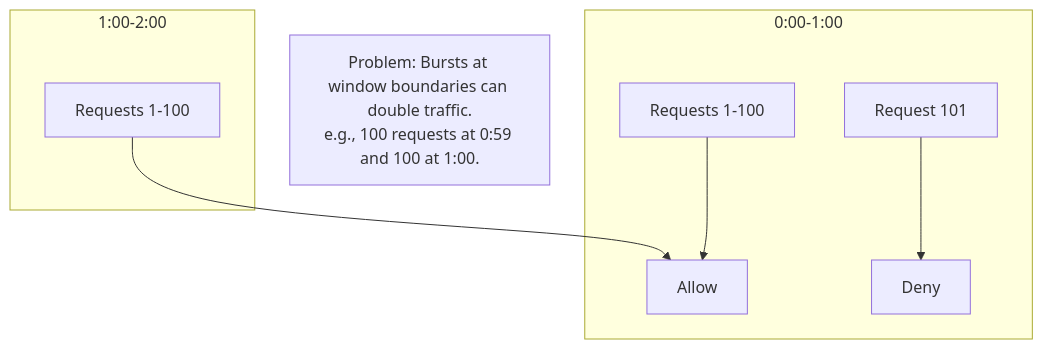
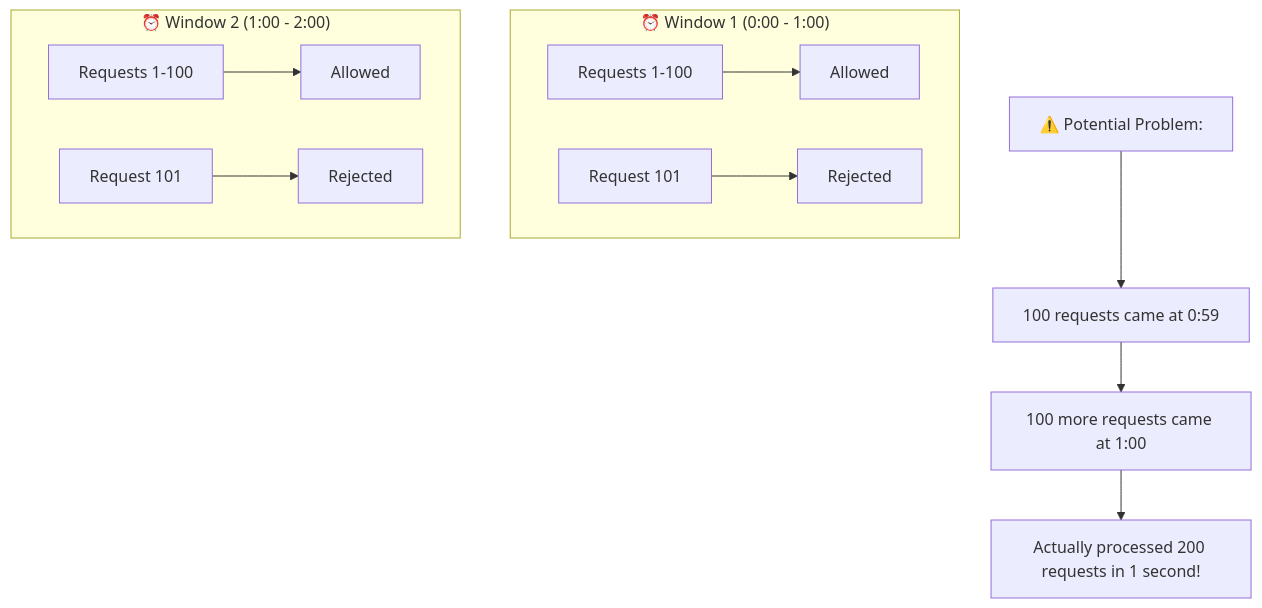
The tenth of 14 diagrams in articles/en/nodejs-security-guide.mdx (zhangshichuan/maxzhang.site), drawn with Mermaid before and after one commit. The commit also changed other lines of this file and 1 other file, not shown here.

````diff
--- a/articles/en/nodejs-security-guide.mdx
+++ b/articles/en/nodejs-security-guide.mdx
@@ -299,11 +1003,17 @@
 ```mermaid
 flowchart TD
-    subgraph Window1[0:00-1:00]
-        A[Requests 1-100] --> Allow
-        B[Request 101] --> Deny
+    subgraph Window1["⏰ Window 1 (0:00 - 1:00)"]
+        A1["Requests 1-100"] --> OK1[Allowed]
+        A2["Request 101"] --> NO1[Rejected]
     end
-    subgraph Window2[1:00-2:00]
-        C[Requests 1-100] --> Allow
+
+    subgraph Window2["⏰ Window 2 (1:00 - 2:00)"]
+        B1["Requests 1-100"] --> OK2[Allowed]
+        B2["Request 101"] --> NO2[Rejected]
     end
-    Note[Problem: Bursts at window boundaries can double traffic.<br>e.g., 100 requests at 0:59 and 100 at 1:00.]
+
+    Note1["⚠️ Potential Problem:"]
+    Note1 --> Note2["100 requests came at 0:59"]
+    Note2 --> Note3["100 more requests came at 1:00"]
+    Note3 --> Note4["Actually processed 200 requests in 1 second!"]
 ```
````
